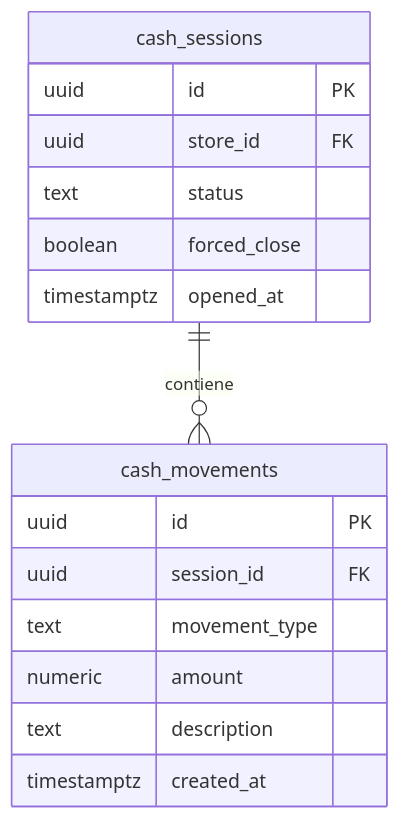
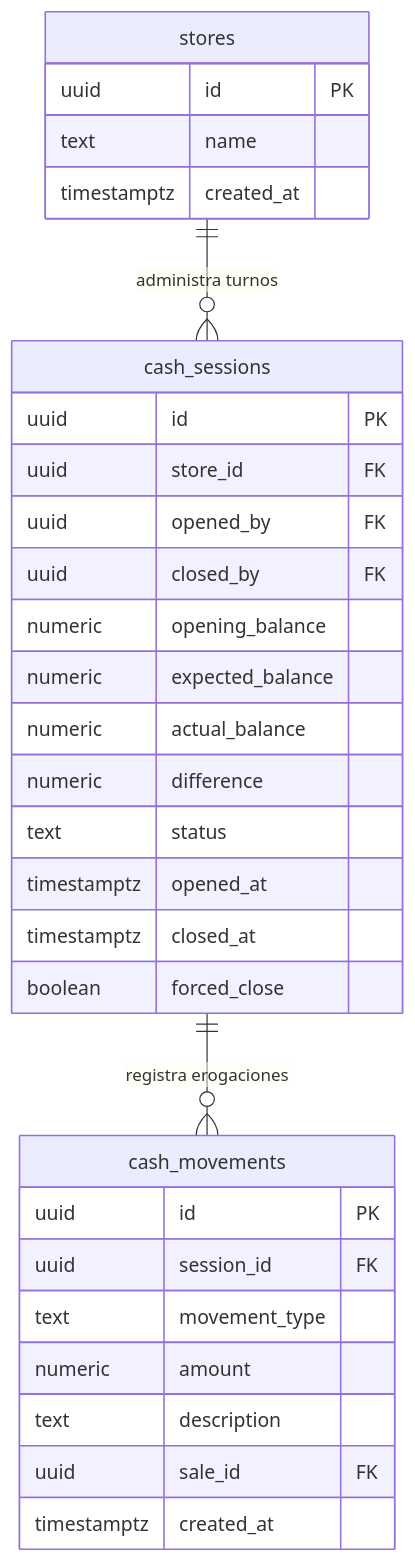
Before and after one commit to YamirJCF/tienda-barrio-pro: the fourth of 4 diagrams in documentation/01_requirements/SDD/SDD_026_POLITICA_GASTOS_INMEDIATOS.md, drawn with Mermaid. The commit also changed other lines of this file, not shown here.

````diff
--- a/documentation/01_requirements/SDD/SDD_026_POLITICA_GASTOS_INMEDIATOS.md
+++ b/documentation/01_requirements/SDD/SDD_026_POLITICA_GASTOS_INMEDIATOS.md
@@ -178,21 +326,36 @@
 ```mermaid
 erDiagram
-    cash_sessions ||--o{ cash_movements : "contiene"
+    stores ||--o{ cash_sessions : "administra turnos"
+    cash_sessions ||--o{ cash_movements : "registra erogaciones"
+
+    stores {
+        uuid id PK
+        text name
+        timestamptz created_at
+    }
 
     cash_sessions {
         uuid id PK
         uuid store_id FK
+        uuid opened_by FK
+        uuid closed_by FK
+        numeric opening_balance
+        numeric expected_balance
+        numeric actual_balance
+        numeric difference
         text status
+        timestamptz opened_at
+        timestamptz closed_at
         boolean forced_close
-        timestamptz opened_at
     }
 
     cash_movements {
         uuid id PK
         uuid session_id FK
         text movement_type
         numeric amount
         text description
+        uuid sale_id FK
         timestamptz created_at
     }
 ```
````
